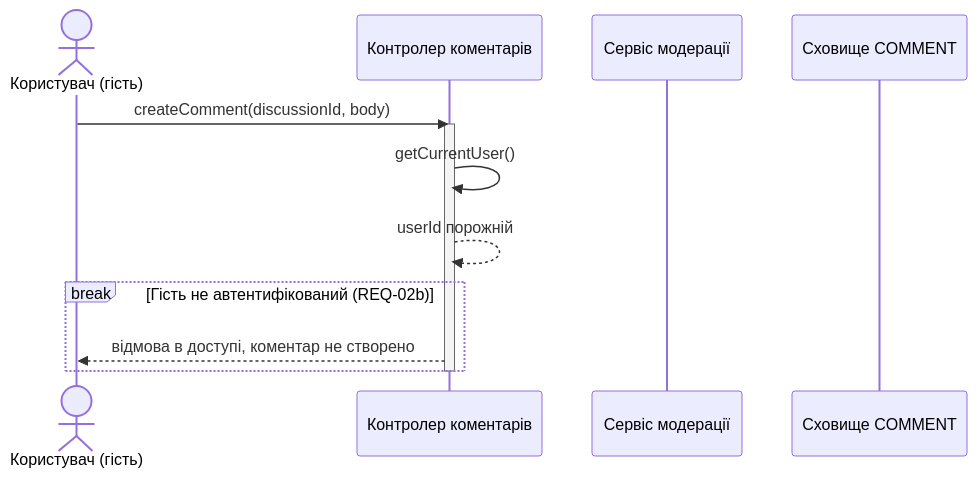
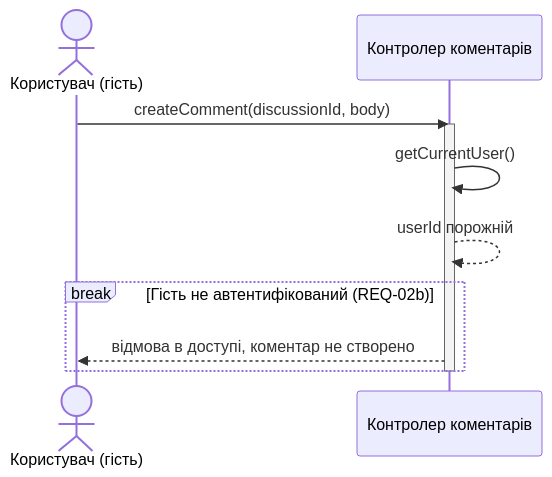
Before and after one commit to tevarindol/forum: the first of 4 diagrams in lab3/sequence.md, drawn with Mermaid.

Commit message:
docs(lab3): remove unused guest scenario participants

````diff
--- a/lab3/sequence.md
+++ b/lab3/sequence.md
@@ -7,16 +7,14 @@
 ```mermaid
 sequenceDiagram
     actor U as Користувач (гість)
     participant C as Контролер коментарів
-    participant MS as Сервіс модерації
-    participant DB as Сховище COMMENT
 
     U->>C: createComment(discussionId, body)
     activate C
     C->>C: getCurrentUser()
     C-->>C: userId порожній
     break Гість не автентифікований (REQ-02b)
         C-->>U: відмова в доступі, коментар не створено
     end
     deactivate C
 ```
````
